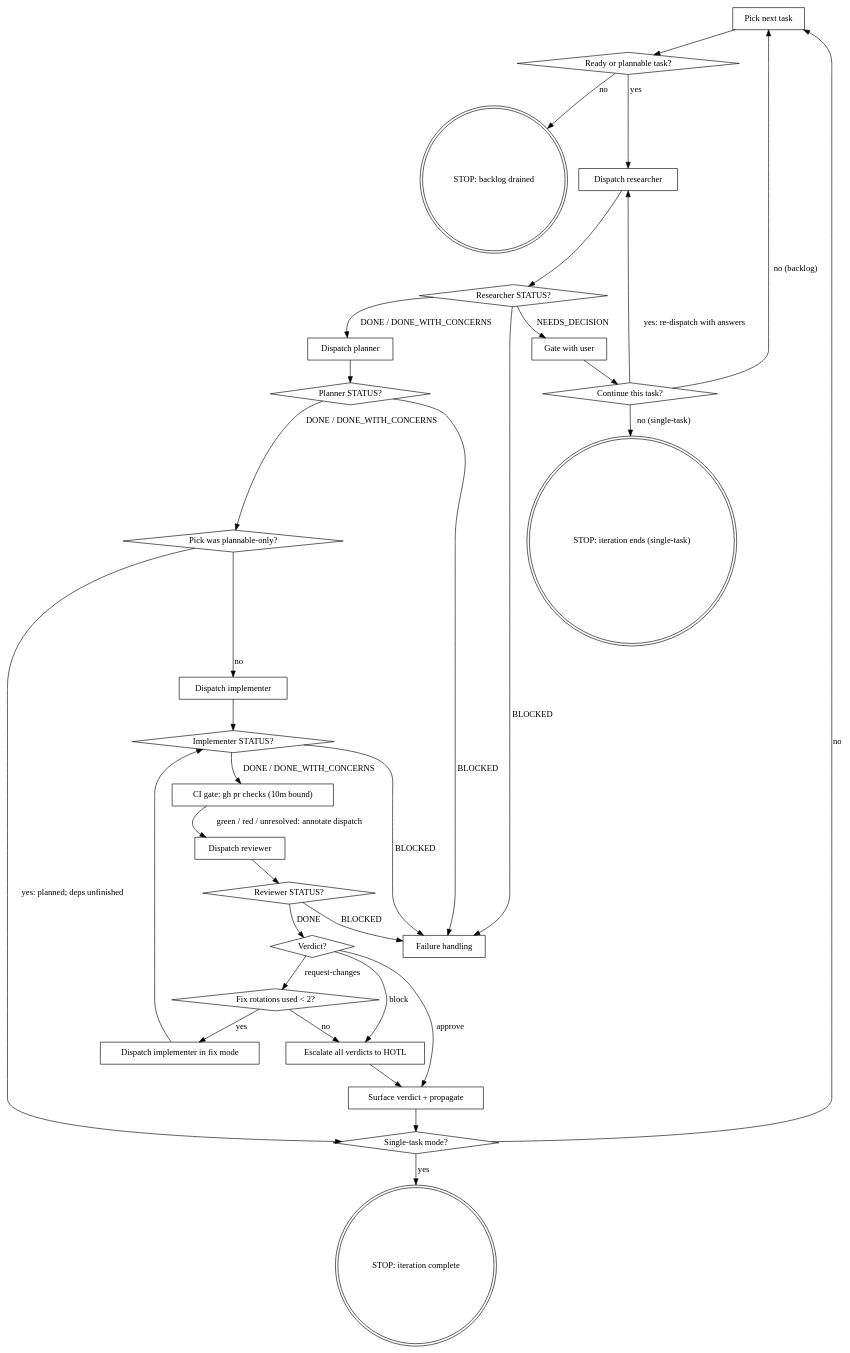
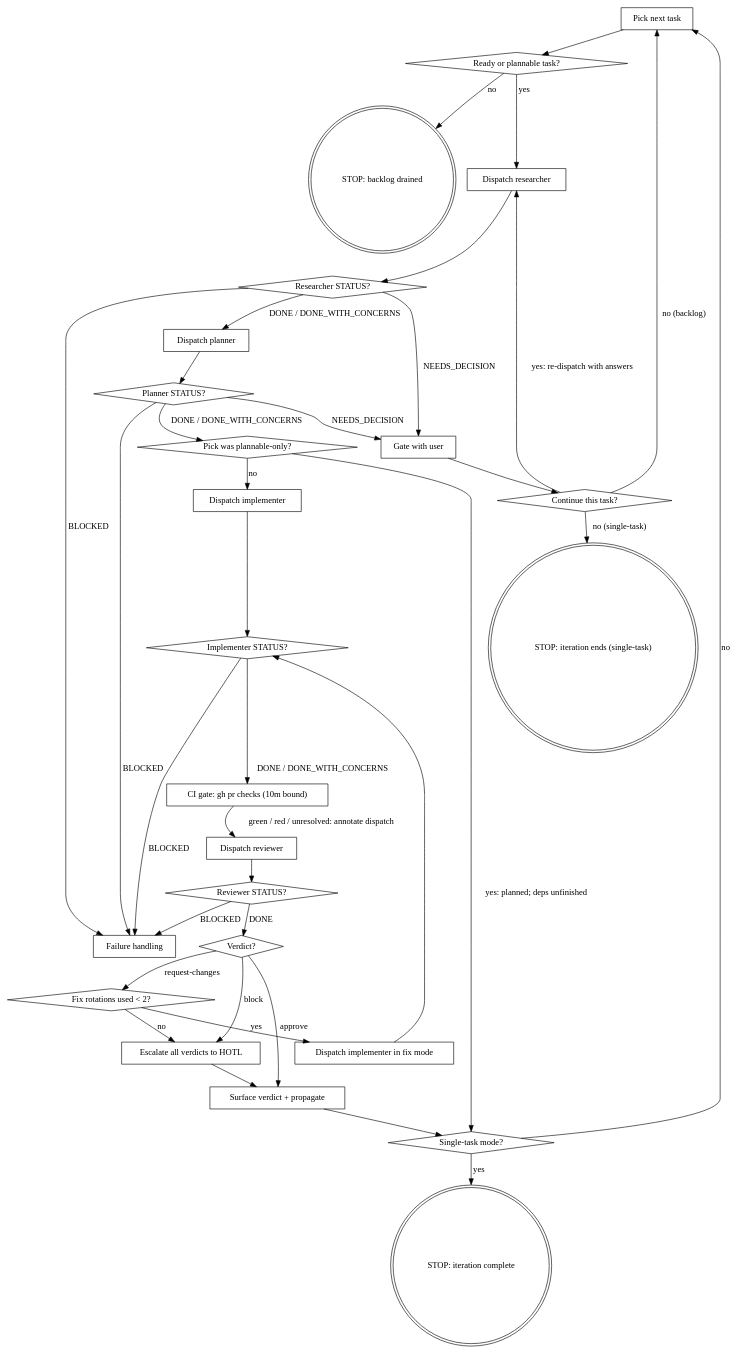
One commit to FrkAk/piyaz changed the diagram in plugins/claude-code/skills/composer/SKILL.md. Above: the diagram before and after it, drawn with Graphviz. The commit also changed other lines of this file and 12 other files, not shown here.

````diff
--- a/plugins/claude-code/skills/composer/SKILL.md
+++ b/plugins/claude-code/skills/composer/SKILL.md
@@ -86,62 +86,63 @@
 ```dot
 digraph composer_iteration {
     "Pick next task" [shape=box];
     "Ready or plannable task?" [shape=diamond];
     "STOP: backlog drained" [shape=doublecircle];
     "Dispatch researcher" [shape=box];
     "Researcher STATUS?" [shape=diamond];
     "Gate with user" [shape=box];
     "Continue this task?" [shape=diamond];
     "STOP: iteration ends (single-task)" [shape=doublecircle];
     "Dispatch planner" [shape=box];
     "Planner STATUS?" [shape=diamond];
     "Pick was plannable-only?" [shape=diamond];
     "Dispatch implementer" [shape=box];
     "Implementer STATUS?" [shape=diamond];
     "Dispatch reviewer" [shape=box];
     "Reviewer STATUS?" [shape=diamond];
     "Verdict?" [shape=diamond];
     "Fix rotations used < 2?" [shape=diamond];
     "Dispatch implementer in fix mode" [shape=box];
     "CI gate: gh pr checks (10m bound)" [shape=box];
     "Escalate all verdicts to HOTL" [shape=box];
     "Surface verdict + propagate" [shape=box];
     "Failure handling" [shape=box];
     "Single-task mode?" [shape=diamond];
     "STOP: iteration complete" [shape=doublecircle];
 
     "Pick next task" -> "Ready or plannable task?";
     "Ready or plannable task?" -> "STOP: backlog drained" [label="no"];
     "Ready or plannable task?" -> "Dispatch researcher" [label="yes"];
     "Dispatch researcher" -> "Researcher STATUS?";
     "Researcher STATUS?" -> "Dispatch planner" [label="DONE / DONE_WITH_CONCERNS"];
     "Researcher STATUS?" -> "Gate with user" [label="NEEDS_DECISION"];
     "Researcher STATUS?" -> "Failure handling" [label="BLOCKED"];
     "Gate with user" -> "Continue this task?";
     "Continue this task?" -> "Dispatch researcher" [label="yes: re-dispatch with answers"];
     "Continue this task?" -> "Pick next task" [label="no (backlog)"];
     "Continue this task?" -> "STOP: iteration ends (single-task)" [label="no (single-task)"];
     "Dispatch planner" -> "Planner STATUS?";
     "Planner STATUS?" -> "Pick was plannable-only?" [label="DONE / DONE_WITH_CONCERNS"];
     "Pick was plannable-only?" -> "Dispatch implementer" [label="no"];
     "Pick was plannable-only?" -> "Single-task mode?" [label="yes: planned; deps unfinished"];
+    "Planner STATUS?" -> "Gate with user" [label="NEEDS_DECISION"];
     "Planner STATUS?" -> "Failure handling" [label="BLOCKED"];
     "Dispatch implementer" -> "Implementer STATUS?";
     "Implementer STATUS?" -> "CI gate: gh pr checks (10m bound)" [label="DONE / DONE_WITH_CONCERNS"];
     "CI gate: gh pr checks (10m bound)" -> "Dispatch reviewer" [label="green / red / unresolved: annotate dispatch"];
     "Implementer STATUS?" -> "Failure handling" [label="BLOCKED"];
     "Dispatch reviewer" -> "Reviewer STATUS?";
     "Reviewer STATUS?" -> "Verdict?" [label="DONE"];
     "Reviewer STATUS?" -> "Failure handling" [label="BLOCKED"];
     "Verdict?" -> "Surface verdict + propagate" [label="approve"];
     "Verdict?" -> "Fix rotations used < 2?" [label="request-changes"];
     "Verdict?" -> "Escalate all verdicts to HOTL" [label="block"];
     "Fix rotations used < 2?" -> "Dispatch implementer in fix mode" [label="yes"];
     "Fix rotations used < 2?" -> "Escalate all verdicts to HOTL" [label="no"];
     "Dispatch implementer in fix mode" -> "Implementer STATUS?";
     "Escalate all verdicts to HOTL" -> "Surface verdict + propagate";
     "Surface verdict + propagate" -> "Single-task mode?";
     "Single-task mode?" -> "STOP: iteration complete" [label="yes"];
     "Single-task mode?" -> "Pick next task" [label="no"];
 }
 ```
````
